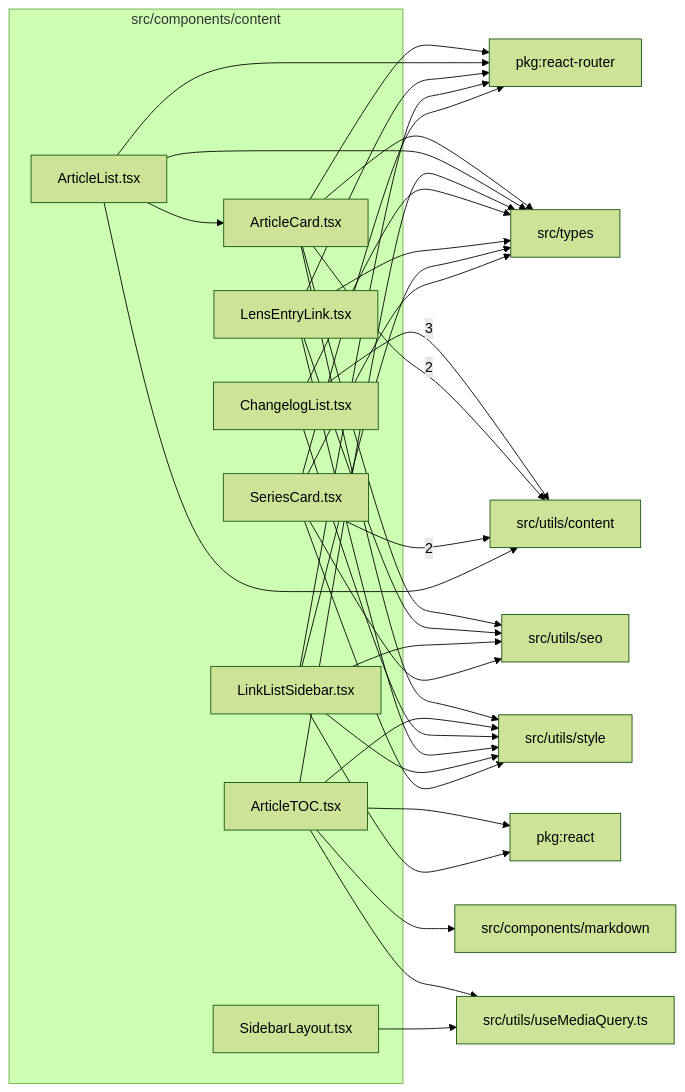
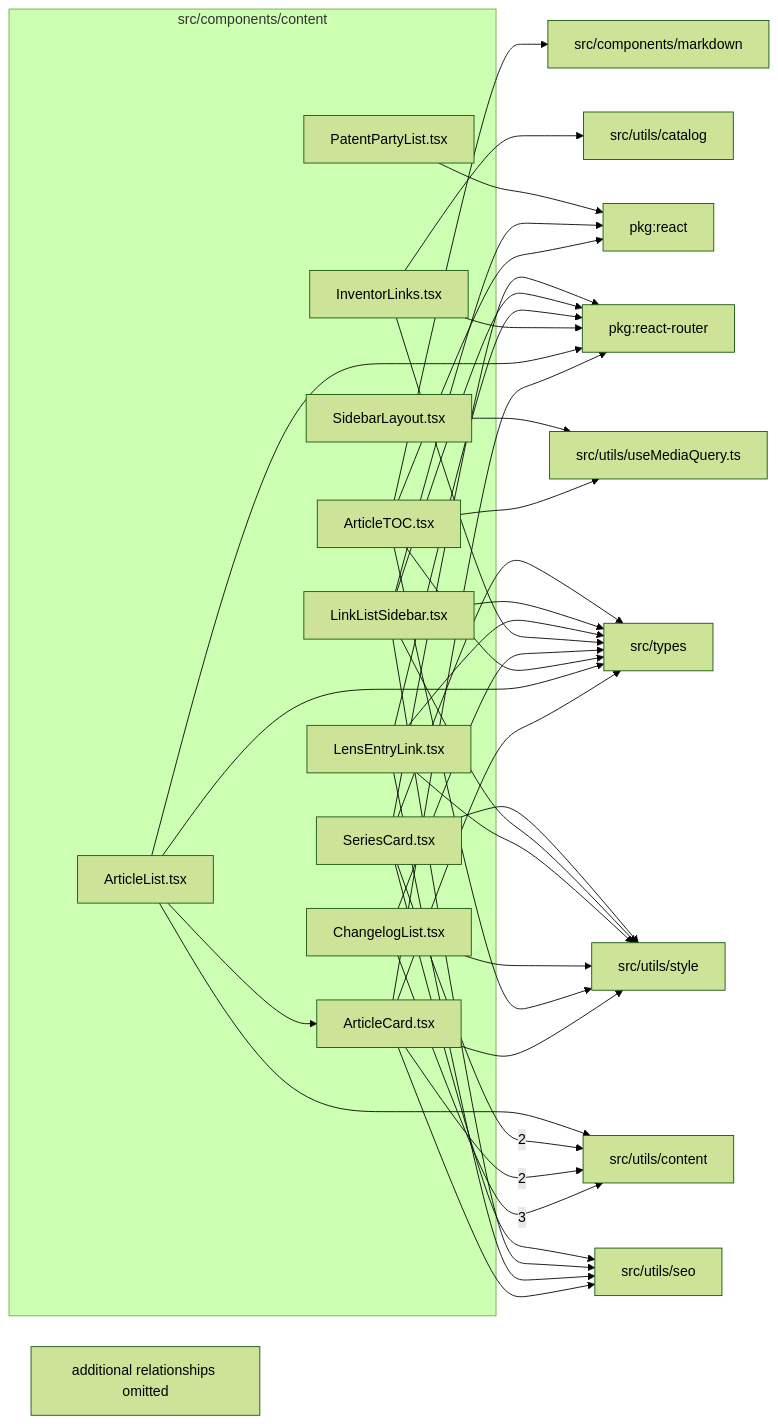
One commit to ronbuening/LensVisualizer changed the diagram in src/components/content/readme.md. Above: the diagram before and after it, drawn with Mermaid (forest theme). The commit also changed other lines of this file and 5 other files, not shown here.

Commit message:
Extract patent party link renderers

````diff
--- a/src/components/content/readme.md
+++ b/src/components/content/readme.md
@@ -9,53 +9,61 @@
 ```mermaid
 flowchart LR
   subgraph n_src_components_content["src/components/content"]
     n_src_components_content_src_components_content_ArticleCard_tsx["ArticleCard.tsx"]
     n_src_components_content_src_components_content_ArticleList_tsx["ArticleList.tsx"]
     n_src_components_content_src_components_content_ArticleTOC_tsx["ArticleTOC.tsx"]
     n_src_components_content_src_components_content_ChangelogList_tsx["ChangelogList.tsx"]
+    n_src_components_content_src_components_content_InventorLinks_tsx["InventorLinks.tsx"]
     n_src_components_content_src_components_content_LensEntryLink_tsx["LensEntryLink.tsx"]
     n_src_components_content_src_components_content_LinkListSidebar_tsx["LinkListSidebar.tsx"]
+    n_src_components_content_src_components_content_PatentPartyList_tsx["PatentPartyList.tsx"]
     n_src_components_content_src_components_content_SeriesCard_tsx["SeriesCard.tsx"]
     n_src_components_content_src_components_content_SidebarLayout_tsx["SidebarLayout.tsx"]
   end
   n_external_src_utils_content["src/utils/content"]
   n_external_pkg_react["pkg:react"]
   n_external_pkg_react_router["pkg:react-router"]
   n_external_src_components_markdown["src/components/markdown"]
   n_external_src_types["src/types"]
+  n_external_src_utils_catalog["src/utils/catalog"]
   n_external_src_utils_seo["src/utils/seo"]
   n_external_src_utils_style["src/utils/style"]
   n_external_src_utils_useMediaQuery_ts["src/utils/useMediaQuery.ts"]
   n_src_components_content_src_components_content_ChangelogList_tsx --> |3| n_external_src_utils_content
   n_src_components_content_src_components_content_ArticleCard_tsx --> |2| n_external_src_utils_content
   n_src_components_content_src_components_content_SeriesCard_tsx --> |2| n_external_src_utils_content
   n_src_components_content_src_components_content_ArticleTOC_tsx --> n_external_pkg_react
   n_src_components_content_src_components_content_LinkListSidebar_tsx --> n_external_pkg_react
+  n_src_components_content_src_components_content_PatentPartyList_tsx --> n_external_pkg_react
   n_src_components_content_src_components_content_ArticleCard_tsx --> n_external_pkg_react_router
   n_src_components_content_src_components_content_ArticleList_tsx --> n_external_pkg_react_router
+  n_src_components_content_src_components_content_InventorLinks_tsx --> n_external_pkg_react_router
   n_src_components_content_src_components_content_LensEntryLink_tsx --> n_external_pkg_react_router
   n_src_components_content_src_components_content_LinkListSidebar_tsx --> n_external_pkg_react_router
   n_src_components_content_src_components_content_SeriesCard_tsx --> n_external_pkg_react_router
   n_src_components_content_src_components_content_ArticleTOC_tsx --> n_external_src_components_markdown
   n_src_components_content_src_components_content_ArticleCard_tsx --> n_external_src_types
   n_src_components_content_src_components_content_ArticleList_tsx --> n_external_src_types
   n_src_components_content_src_components_content_ArticleTOC_tsx --> n_external_src_types
   n_src_components_content_src_components_content_ChangelogList_tsx --> n_external_src_types
+  n_src_components_content_src_components_content_InventorLinks_tsx --> n_external_src_types
   n_src_components_content_src_components_content_LensEntryLink_tsx --> n_external_src_types
   n_src_components_content_src_components_content_LinkListSidebar_tsx --> n_external_src_types
   n_src_components_content_src_components_content_SeriesCard_tsx --> n_external_src_types
+  n_src_components_content_src_components_content_InventorLinks_tsx --> n_external_src_utils_catalog
   n_src_components_content_src_components_content_ArticleList_tsx --> n_external_src_utils_content
   n_src_components_content_src_components_content_ArticleCard_tsx --> n_external_src_utils_seo
   n_src_components_content_src_components_content_LensEntryLink_tsx --> n_external_src_utils_seo
   n_src_components_content_src_components_content_LinkListSidebar_tsx --> n_external_src_utils_seo
   n_src_components_content_src_components_content_SeriesCard_tsx --> n_external_src_utils_seo
   n_src_components_content_src_components_content_ArticleCard_tsx --> n_external_src_utils_style
   n_src_components_content_src_components_content_ArticleTOC_tsx --> n_external_src_utils_style
   n_src_components_content_src_components_content_ChangelogList_tsx --> n_external_src_utils_style
   n_src_components_content_src_components_content_LensEntryLink_tsx --> n_external_src_utils_style
   n_src_components_content_src_components_content_LinkListSidebar_tsx --> n_external_src_utils_style
   n_src_components_content_src_components_content_SeriesCard_tsx --> n_external_src_utils_style
   n_src_components_content_src_components_content_ArticleTOC_tsx --> n_external_src_utils_useMediaQuery_ts
   n_src_components_content_src_components_content_SidebarLayout_tsx --> n_external_src_utils_useMediaQuery_ts
   n_src_components_content_src_components_content_ArticleList_tsx --> n_src_components_content_src_components_content_ArticleCard_tsx
+  n_src_components_content_truncated["additional relationships omitted"]
 ```
````
